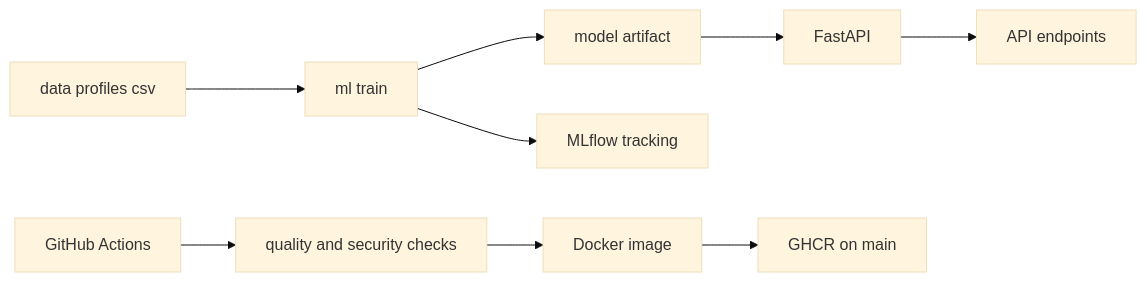
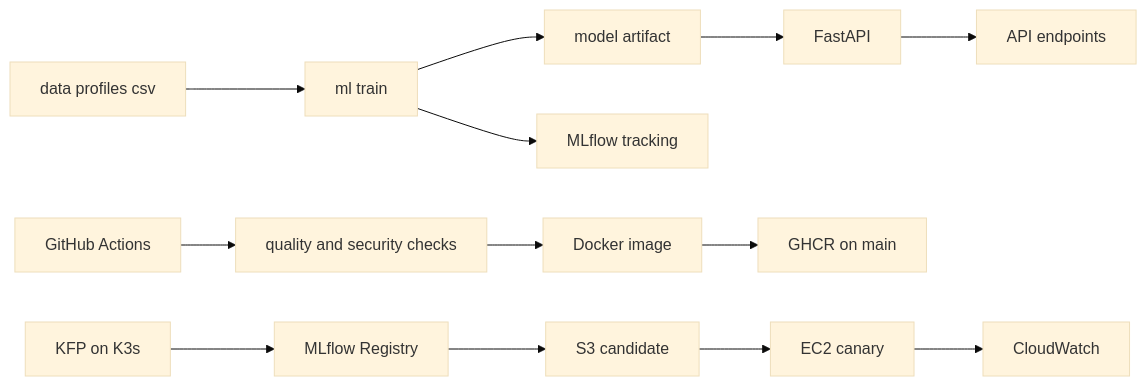
The diagram in README.md (farah-ben-harb/crm-intelligence-mlops), drawn with Mermaid (base theme) before and after one commit. The commit also changed other lines of this file and 3 other files, not shown here.

````diff
--- a/README.md
+++ b/README.md
@@ -22,11 +22,15 @@
 ```mermaid
 graph LR
   D[data profiles csv] --> T[ml train]
   T --> M[model artifact]
   T --> F[MLflow tracking]
   M --> A[FastAPI]
   A --> H[API endpoints]
   C[GitHub Actions] --> Q[quality and security checks]
   Q --> I[Docker image]
   I --> R[GHCR on main]
+  KFP[KFP on K3s] --> MLF[MLflow Registry]
+  MLF --> S3[S3 candidate]
+  S3 --> EC2[EC2 canary]
+  EC2 --> CW[CloudWatch]
 ```
````
